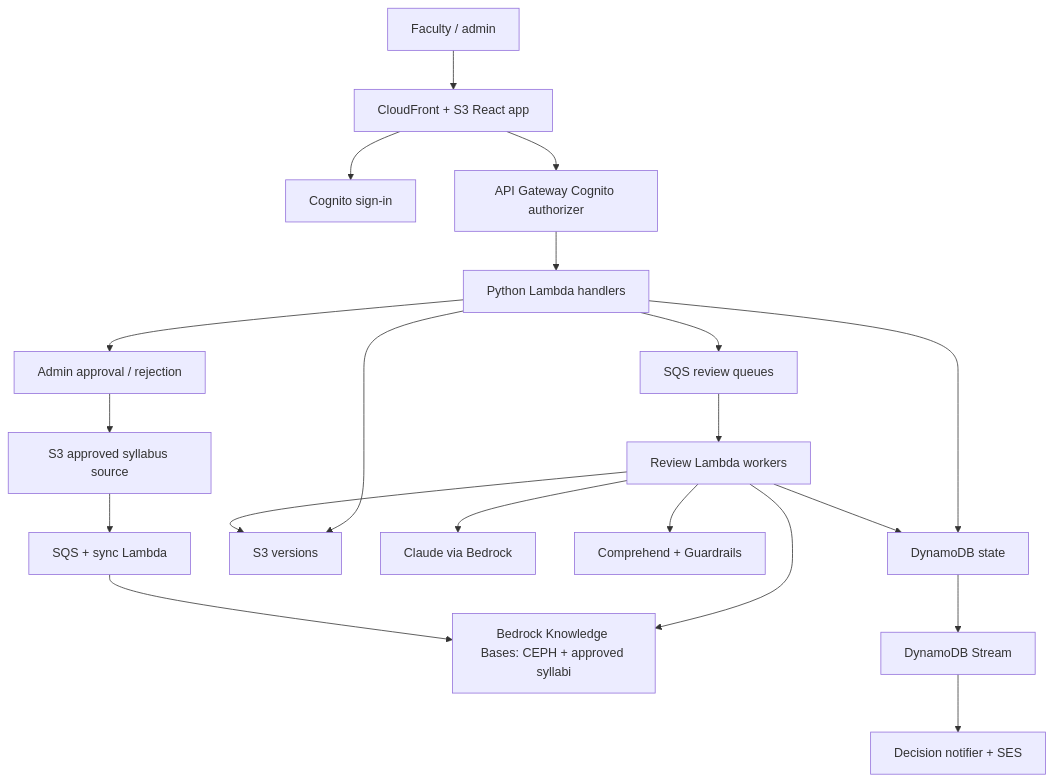
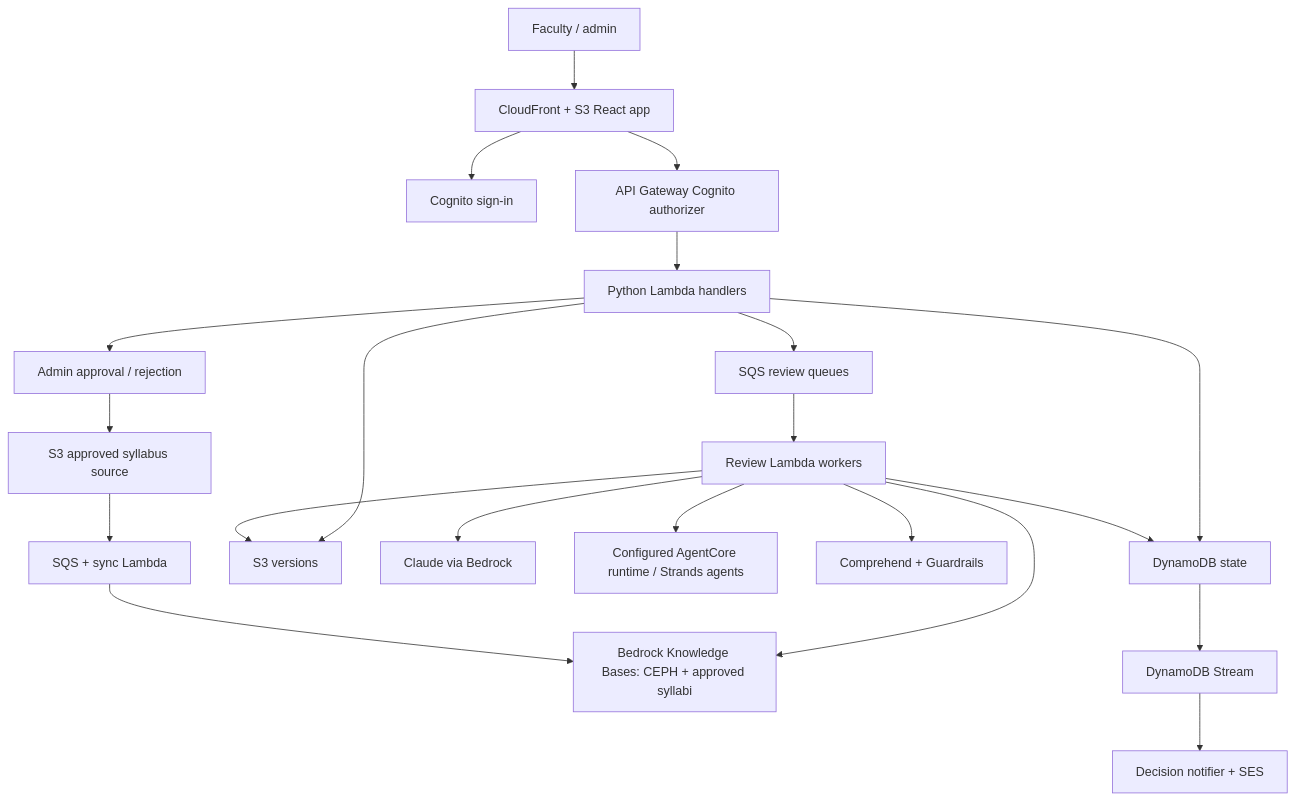
One commit to divyamistry2224/PHACT-AI-Curriculum-Platform changed the diagram in docs/architecture/README.md. Above: the diagram before and after it, drawn with Mermaid. The commit also changed other lines of this file and 83 other files, not shown here.

Commit message:
Connect queued reviews to AgentCore and update working application documentation

````diff
--- a/docs/architecture/README.md
+++ b/docs/architecture/README.md
@@ -7,22 +7,23 @@
 ```mermaid
 flowchart TD
   U[Faculty / admin] --> CF[CloudFront + S3 React app]
   CF --> C[Cognito sign-in]
   CF --> API[API Gateway Cognito authorizer]
   API --> L[Python Lambda handlers]
   L --> D[DynamoDB state]
   L --> S[S3 versions]
   L --> Q[SQS review queues]
   Q --> W[Review Lambda workers]
   W --> KB[Bedrock Knowledge Bases: CEPH + approved syllabi]
   W --> M[Claude via Bedrock]
+  W --> AC[Configured AgentCore runtime / Strands agents]
   W --> G[Comprehend + Guardrails]
   W --> S
   W --> D
   L --> A[Admin approval / rejection]
   A --> KBS[S3 approved syllabus source]
   KBS --> SY[SQS + sync Lambda]
   SY --> KB
   D --> ST[DynamoDB Stream]
   ST --> N[Decision notifier + SES]
 ```
````
